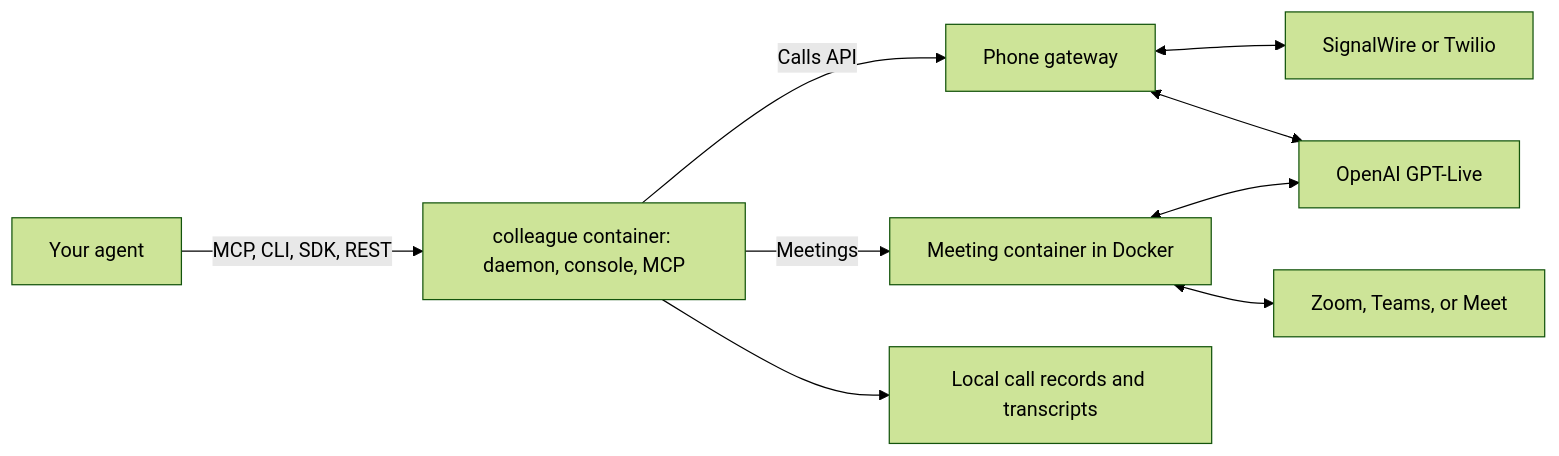
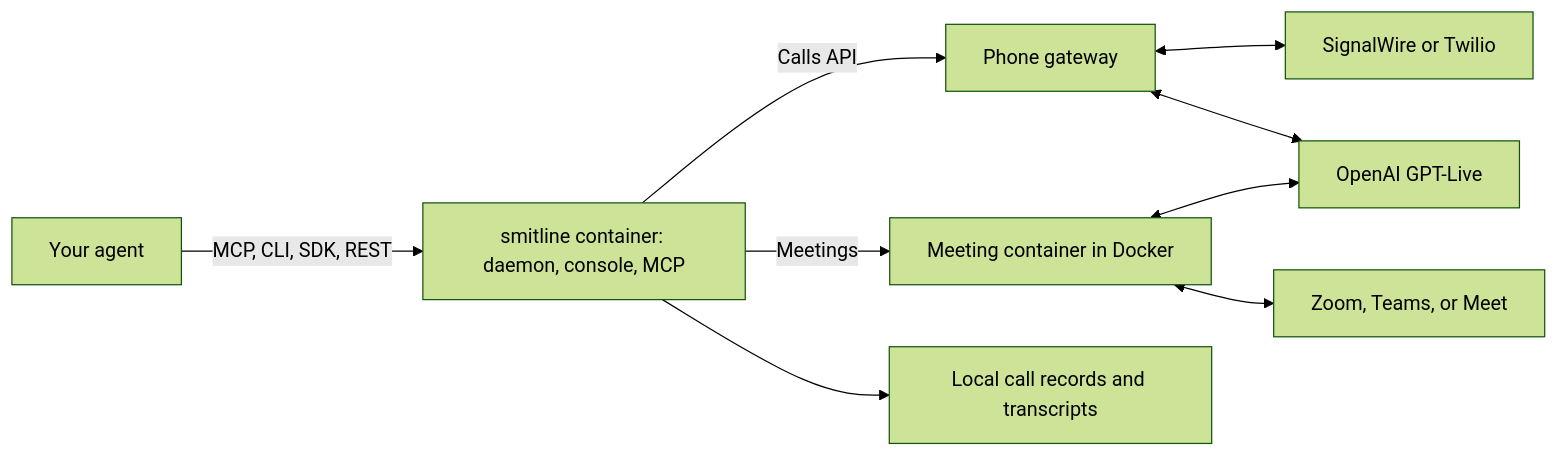
The diagram in README.md (kaelorlabs/smitline), drawn with Mermaid (forest theme) before and after one commit. The commit also changed other lines of this file and 98 other files, not shown here.

````diff
--- a/README.md
+++ b/README.md
@@ -42,11 +44,11 @@
 ```mermaid
 flowchart LR
-    Agent[Your agent] -->|MCP, CLI, SDK, REST| Daemon[colleague container: daemon, console, MCP]
+    Agent[Your agent] -->|MCP, CLI, SDK, REST| Daemon[smitline container: daemon, console, MCP]
     Daemon -->|Calls API| Phone[Phone gateway]
     Phone <--> Provider[SignalWire or Twilio]
     Daemon -->|Meetings| Bot[Meeting container in Docker]
     Bot <--> Meet[Zoom, Teams, or Meet]
     Phone <--> Voice[OpenAI GPT-Live]
     Bot <--> Voice
     Daemon --> Records[Local call records and transcripts]
 ```
````
